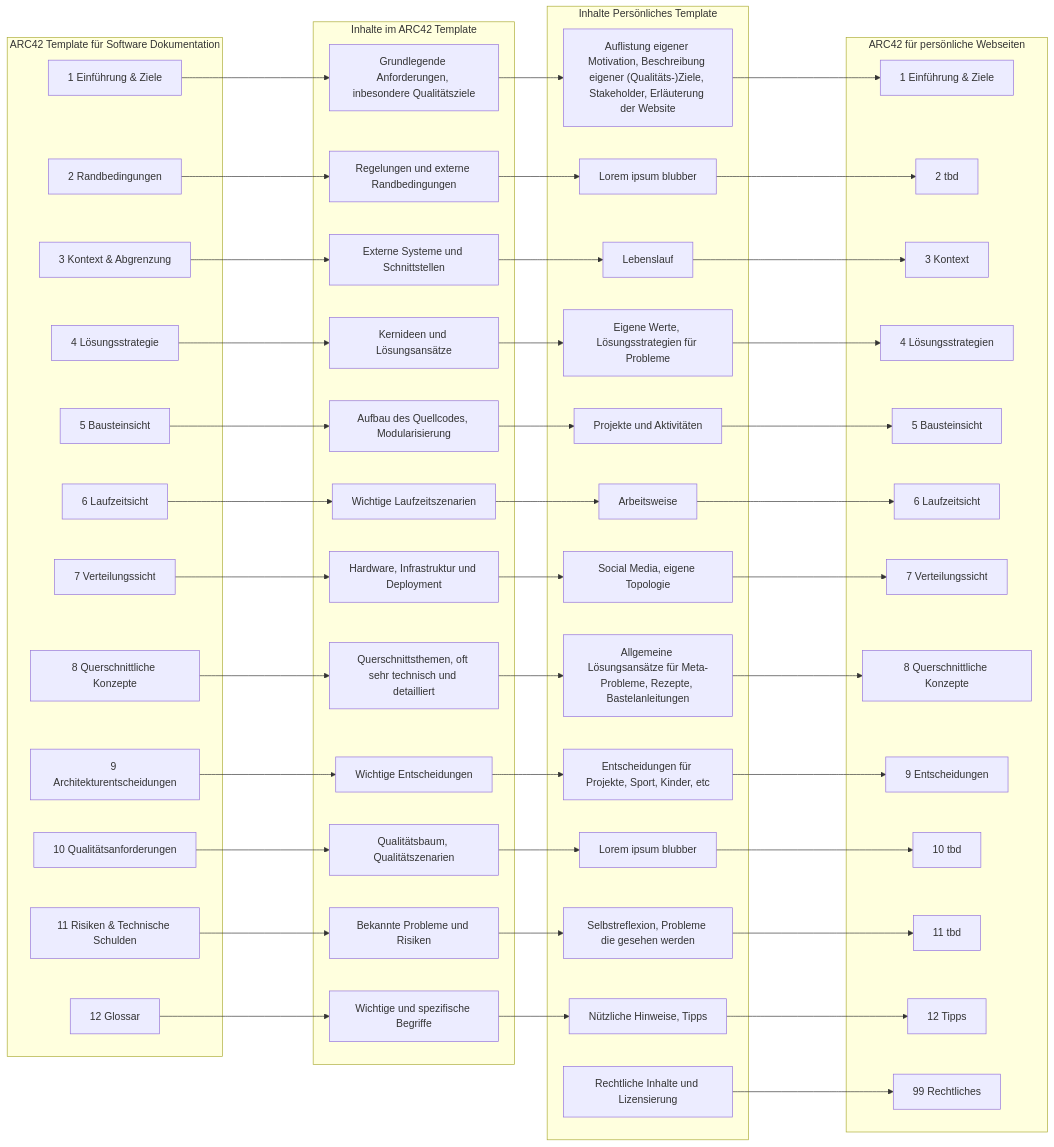
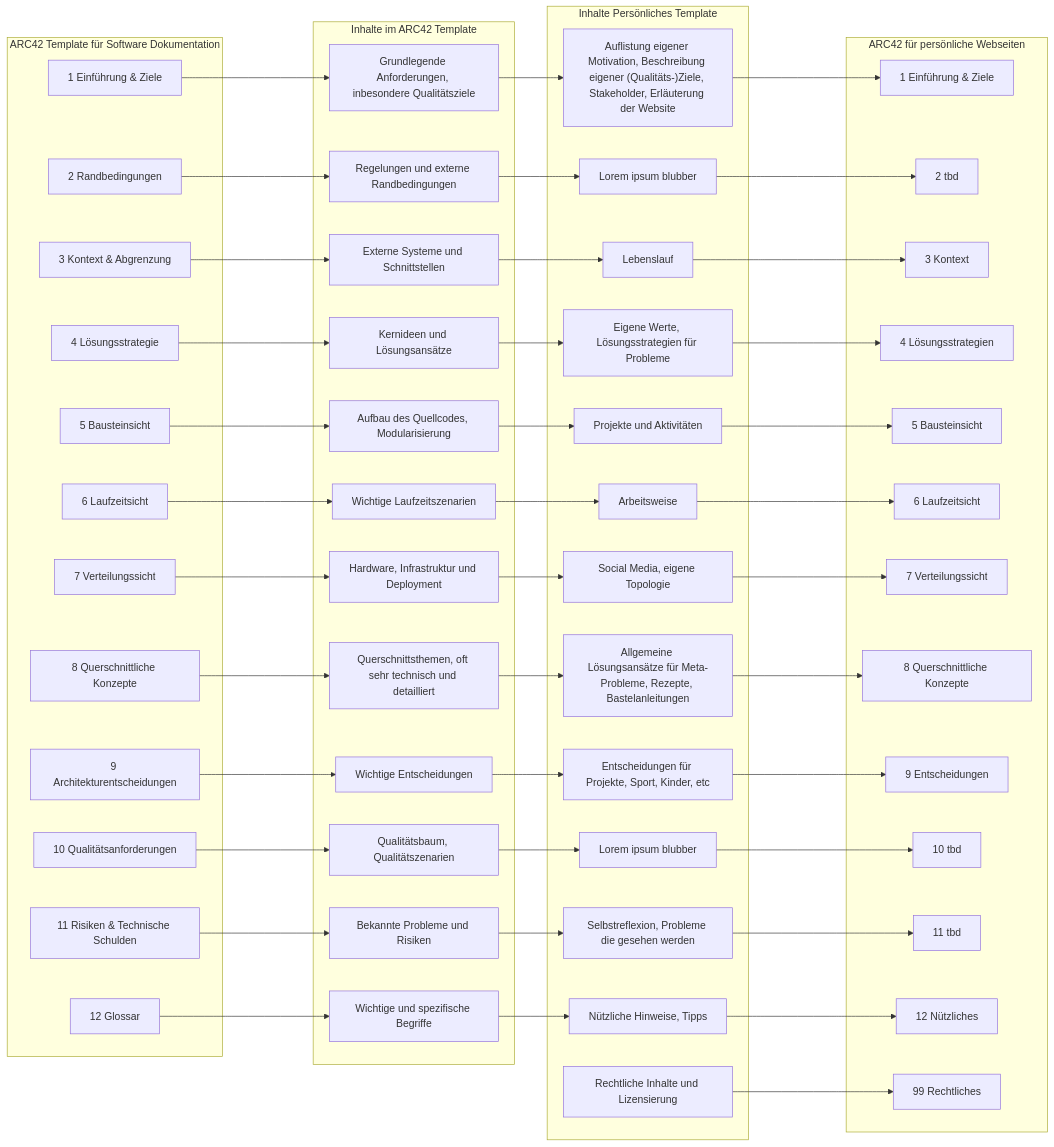
The diagram in docs/einfuehrung/mapping.md (md42/arc42-website), drawn with Mermaid before and after one commit. The commit also changed 2 other files, not shown here.

Commit message:
add section 12

````diff
--- a/docs/einfuehrung/mapping.md
+++ b/docs/einfuehrung/mapping.md
@@ -9,78 +9,78 @@
 ```mermaid
 flowchart LR
     subgraph arc42-software[ARC42 Template für Software Dokumentation]
         oGoals[1 Einführung & Ziele]
         oConstraints[2 Randbedingungen]
         oContext[3 Kontext & Abgrenzung]
         oSolution[4 Lösungsstrategie]
         oBlocks[5 Bausteinsicht]
         oRuntime[6 Laufzeitsicht]
         oDistribution[7 Verteilungssicht]
         oCross[8 Querschnittliche Konzepte]
         oArc[9 Architekturentscheidungen]
         oQA[10 Qualitätsanforderungen]
         oRisks[11 Risiken & Technische Schulden]
         oGlossar[12 Glossar]
     end
 
     subgraph oContent[Inhalte im ARC42 Template]
         ocGoals[Grundlegende Anforderungen, inbesondere Qualitätsziele]
         ocConstraints[Regelungen und externe Randbedingungen]
         ocContext[Externe Systeme und Schnittstellen]
         ocSolution[Kernideen und Lösungsansätze]
         ocBlocks[Aufbau des Quellcodes, Modularisierung]
         ocRuntime[Wichtige Laufzeitszenarien]
         ocDistribution[Hardware, Infrastruktur und Deployment]
         ocCross[Querschnittsthemen, oft sehr technisch und detailliert]
         ocArc[Wichtige Entscheidungen]
         ocQA[Qualitätsbaum, Qualitätszenarien]
         ocRisks[Bekannte Probleme und Risiken]
         ocGlossar[Wichtige und spezifische Begriffe]
     end
 
     subgraph nContent[Inhalte Persönliches Template]
         ncGoals["Auflistung eigener Motivation, Beschreibung eigener (Qualitäts-)Ziele, Stakeholder, Erläuterung der Website"]
         ncConstraints[Lorem ipsum blubber]
         ncContext[Lebenslauf]
         ncSolution[Eigene Werte, Lösungsstrategien für Probleme]
         ncBlocks[Projekte und Aktivitäten]
         ncRuntime[Arbeitsweise]
         ncDistribution[Social Media, eigene Topologie]
         ncCross[Allgemeine Lösungsansätze für Meta-Probleme, Rezepte, Bastelanleitungen]
         ncArc[Entscheidungen für Projekte, Sport, Kinder, etc]
         ncQA[Lorem ipsum blubber]
         ncRisks[Selbstreflexion, Probleme die gesehen werden]
         ncGlossar[Nützliche Hinweise, Tipps]
         ncLegal[Rechtliche Inhalte und Lizensierung]
     end
 
     subgraph arc42-personal[ARC42 für persönliche Webseiten]
         nGoals[1 Einführung & Ziele]
         nConstraints[2 tbd]
         nContext[3 Kontext]
         nSolution[4 Lösungsstrategien]
         nBlocks[5 Bausteinsicht]
         nRuntime[6 Laufzeitsicht]
         nDistribution[7 Verteilungssicht]
         nCross[8 Querschnittliche Konzepte]
         nArc[9 Entscheidungen]
         nQA[10 tbd]
         nRisks[11 tbd]
-        nGlossar[12 Tipps]
+        nGlossar[12 Nützliches]
         nLegal[99 Rechtliches]
     end
 
     oGoals ----> ocGoals --> ncGoals ----> nGoals
     oConstraints ----> ocConstraints --> ncConstraints ----> nConstraints
     oContext ----> ocContext --> ncContext ----> nContext
     oSolution ----> ocSolution --> ncSolution ----> nSolution
     oBlocks ----> ocBlocks --> ncBlocks ----> nBlocks
     oRuntime ----> ocRuntime --> ncRuntime ----> nRuntime
     oDistribution ----> ocDistribution --> ncDistribution ----> nDistribution
     oCross ----> ocCross --> ncCross ----> nCross
     oArc ----> ocArc --> ncArc ----> nArc
     oQA ----> ocQA --> ncQA ----> nQA
     oRisks ----> ocRisks --> ncRisks ----> nRisks
     oGlossar ----> ocGlossar --> ncGlossar ----> nGlossar
     ncLegal --> nLegal
 ```
````
